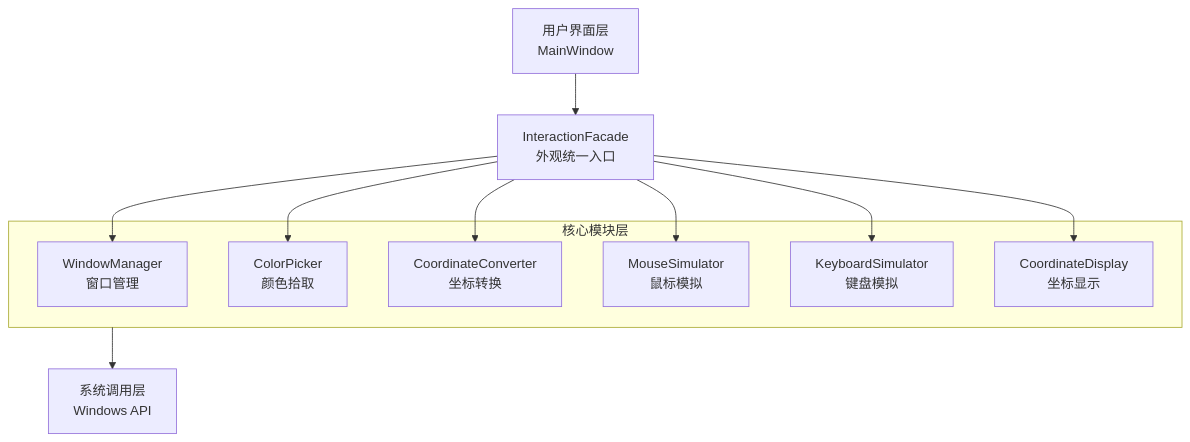
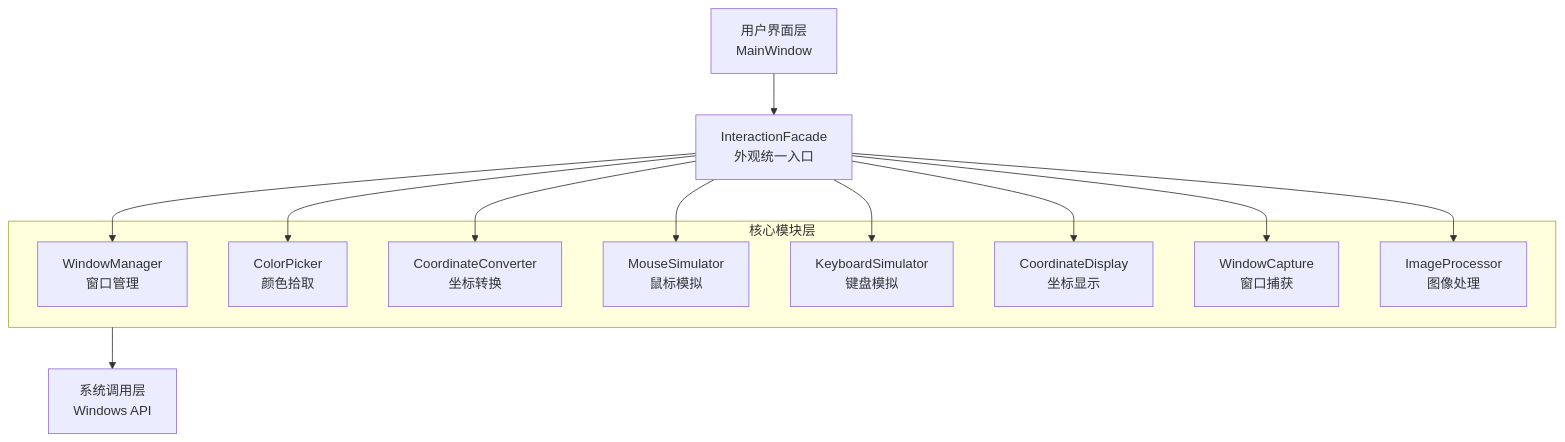
The diagram in README.md (KokoiRin/qoder4ymjh), drawn with Mermaid before and after one commit. The commit also changed other lines of this file and 19 other files, not shown here.

````diff
--- a/README.md
+++ b/README.md
@@ -14,22 +24,26 @@
 ```mermaid
 graph TD
     UI[用户界面层<br/>MainWindow] --> Facade[InteractionFacade<br/>外观统一入口]
     
     subgraph Core[核心模块层]
         WM[WindowManager<br/>窗口管理]
         CP[ColorPicker<br/>颜色拾取] 
         CC[CoordinateConverter<br/>坐标转换]
         MS[MouseSimulator<br/>鼠标模拟]
         KS[KeyboardSimulator<br/>键盘模拟]
         CD[CoordinateDisplay<br/>坐标显示]
+        WC[WindowCapture<br/>窗口捕获] 
+        IP[ImageProcessor<br/>图像处理]
     end
     
     Facade --> WM
     Facade --> CP
     Facade --> CC
     Facade --> MS
     Facade --> KS  
     Facade --> CD
+    Facade --> WC
+    Facade --> IP
     
     Core --> OS[系统调用层<br/>Windows API]
 ```
````
